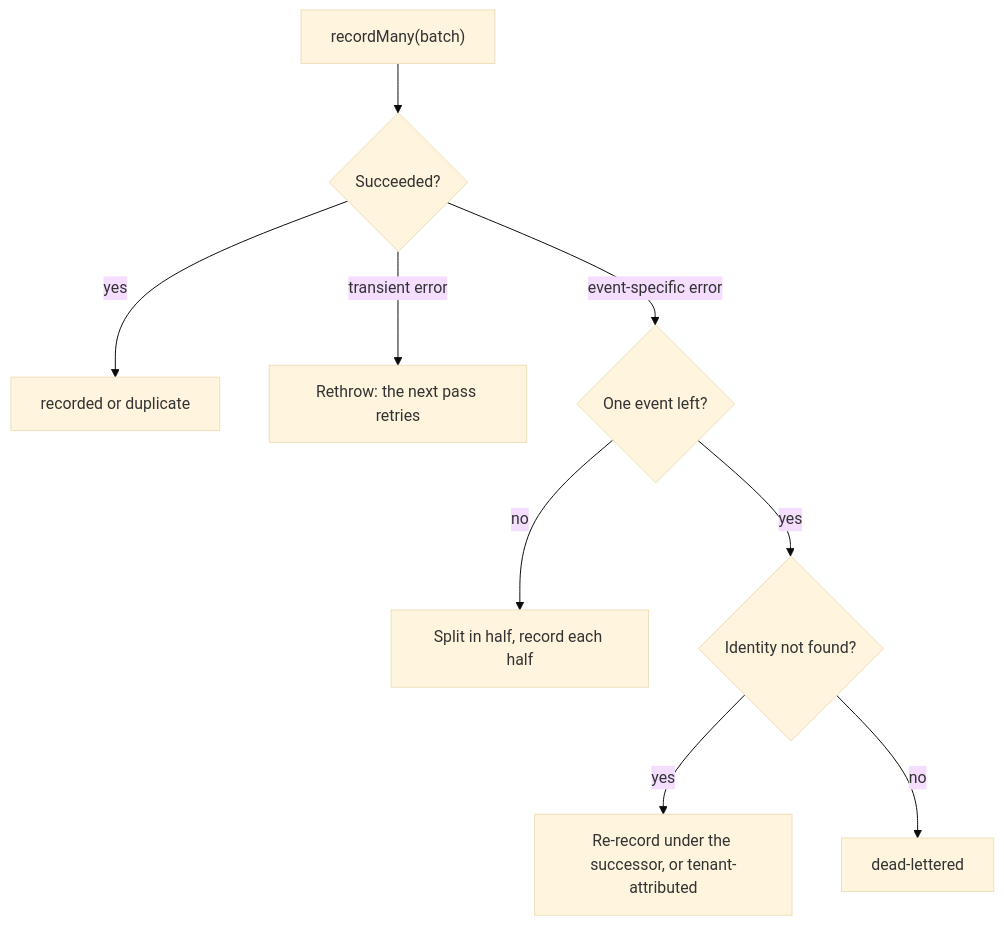
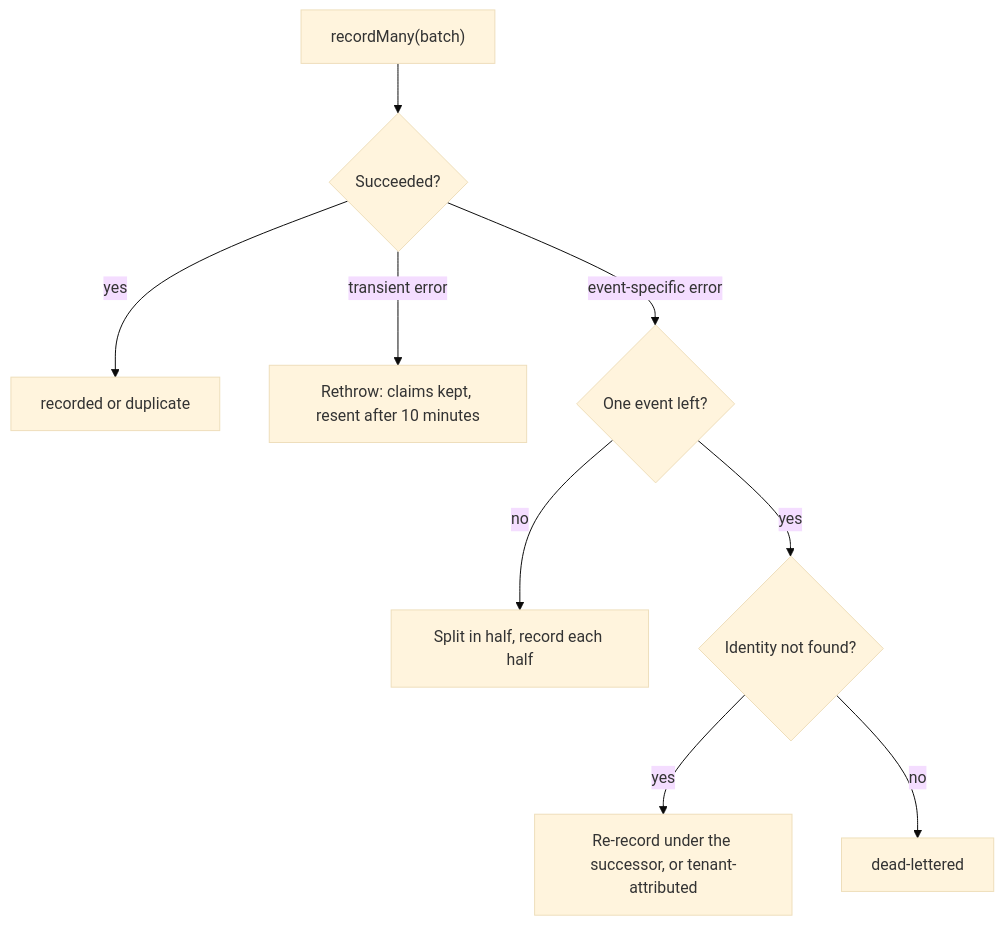
The second of 2 diagrams in apps/docs/content/docs/guides/iam/billing-and-usage.mdx (Better-Compute/better-compute), drawn with Mermaid (base theme) before and after one commit. The commit also changed other lines of this file and 3 other files, not shown here.

````diff
--- a/apps/docs/content/docs/guides/iam/billing-and-usage.mdx
+++ b/apps/docs/content/docs/guides/iam/billing-and-usage.mdx
@@ -581,11 +585,11 @@
 ```mermaid
 flowchart TD
   Batch["recordMany(batch)"] --> Ok{"Succeeded?"}
   Ok -- yes --> Stored["recorded or duplicate"]
-  Ok -- "transient error" --> Retry["Rethrow: the next pass retries"]
+  Ok -- "transient error" --> Retry["Rethrow: claims kept, resent after 10 minutes"]
   Ok -- "event-specific error" --> Size{"One event left?"}
   Size -- no --> Split["Split in half, record each half"]
   Size -- yes --> Identity{"Identity not found?"}
   Identity -- yes --> Successor["Re-record under the successor, or tenant-attributed"]
   Identity -- no --> Dead["dead-lettered"]
 ```
````
